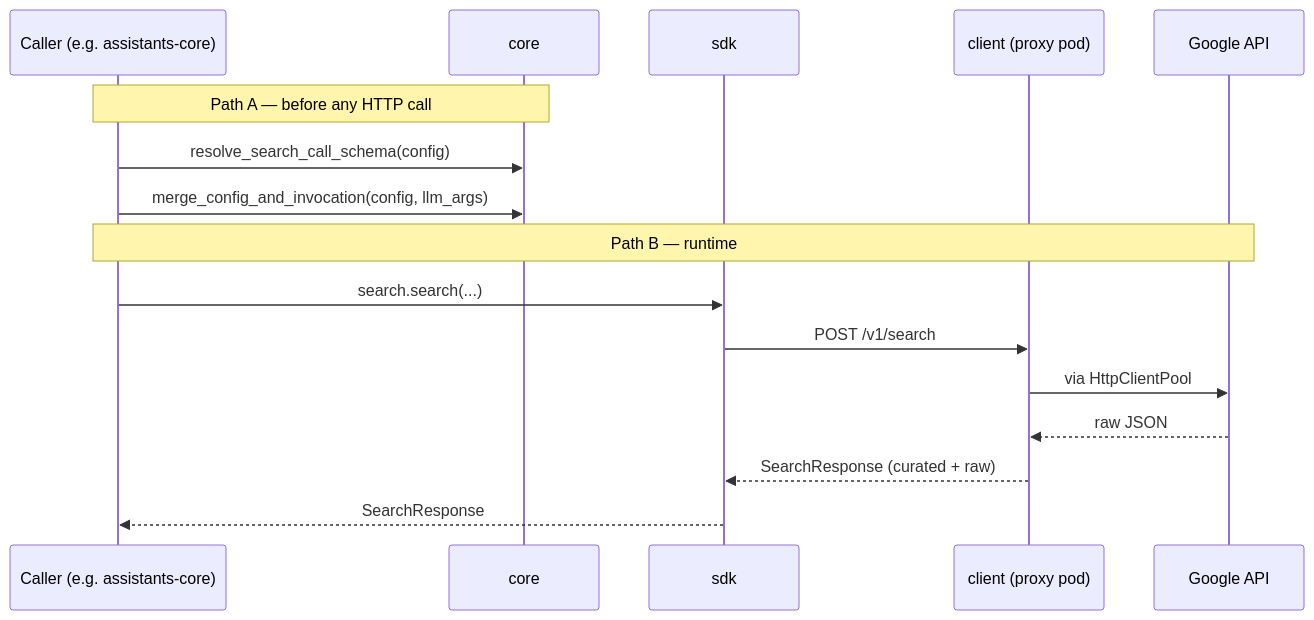
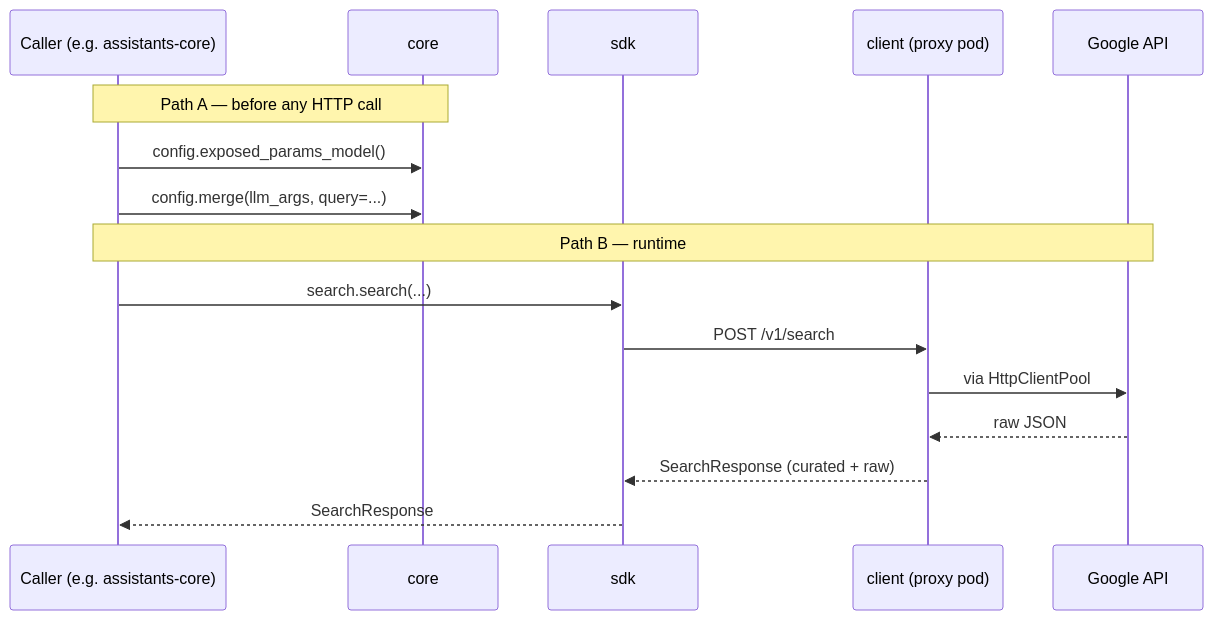
Before and after one commit to Unique-AG/ai: the third of 3 diagrams in connectors/unique_search_proxy/README.md, drawn with Mermaid. The commit also changed other lines of this file and 65 other files, not shown here.

First line of the commit message:
refactor(search-proxy): config-owned param resolution for search engines [UN-21235]

````diff
--- a/connectors/unique_search_proxy/README.md
+++ b/connectors/unique_search_proxy/README.md
@@ -115,20 +115,20 @@
 ```mermaid
 sequenceDiagram
     participant AC as Caller (e.g. assistants-core)
     participant Core as core
     participant SDK as sdk
     participant Proxy as client (proxy pod)
     participant Google as Google API
 
     Note over AC,Core: Path A — before any HTTP call
-    AC->>Core: resolve_search_call_schema(config)
-    AC->>Core: merge_config_and_invocation(config, llm_args)
+    AC->>Core: config.exposed_params_model()
+    AC->>Core: config.merge(llm_args, query=...)
 
     Note over AC,Google: Path B — runtime
     AC->>SDK: search.search(...)
     SDK->>Proxy: POST /v1/search
     Proxy->>Google: via HttpClientPool
     Google-->>Proxy: raw JSON
     Proxy-->>SDK: SearchResponse (curated + raw)
     SDK-->>AC: SearchResponse
 ```
````
